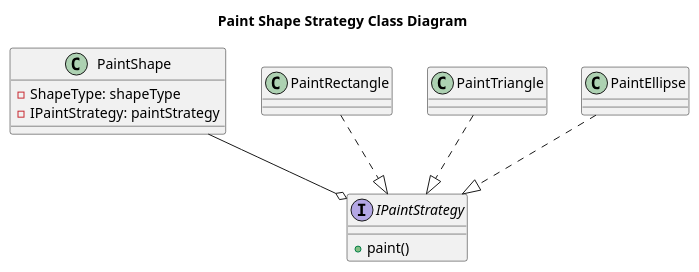
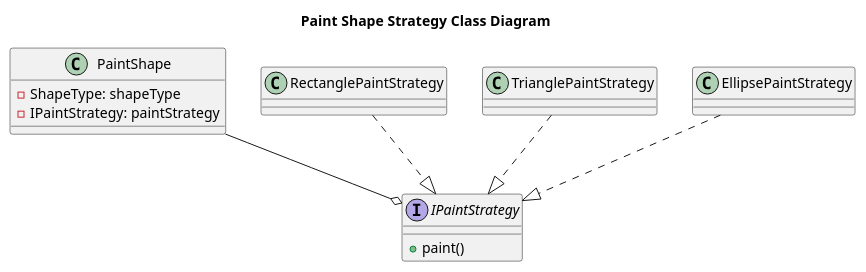
The diagram in documentation/paint shape strategy class diagram.plantuml (johnsmillie-portfolio/SE450-JPaint), drawn with PlantUML before and after one commit. The commit also changed 3 other files, not shown here.

```diff
--- a/documentation/paint shape strategy class diagram.plantuml
+++ b/documentation/paint shape strategy class diagram.plantuml
@@ -1,27 +1,27 @@
 @startuml paint shape strategy class diagram 
 title Paint Shape Strategy Class Diagram 
 
 class PaintShape {
     - ShapeType: shapeType
     - IPaintStrategy: paintStrategy
 }
 
 interface IPaintStrategy {
     + paint()
 }
 
-class PaintRectangle {
+class RectanglePaintStrategy {
 }
 
-class PaintTriangle {
+class TrianglePaintStrategy {
 }
  
-class PaintEllipse {
+class EllipsePaintStrategy {
 }
 
-PaintRectangle ..|> IPaintStrategy
-PaintTriangle ..|> IPaintStrategy
-PaintEllipse ..|> IPaintStrategy
+RectanglePaintStrategy ..|> IPaintStrategy
+TrianglePaintStrategy ..|> IPaintStrategy
+EllipsePaintStrategy ..|> IPaintStrategy
 PaintShape --o IPaintStrategy
 
 @enduml
```
